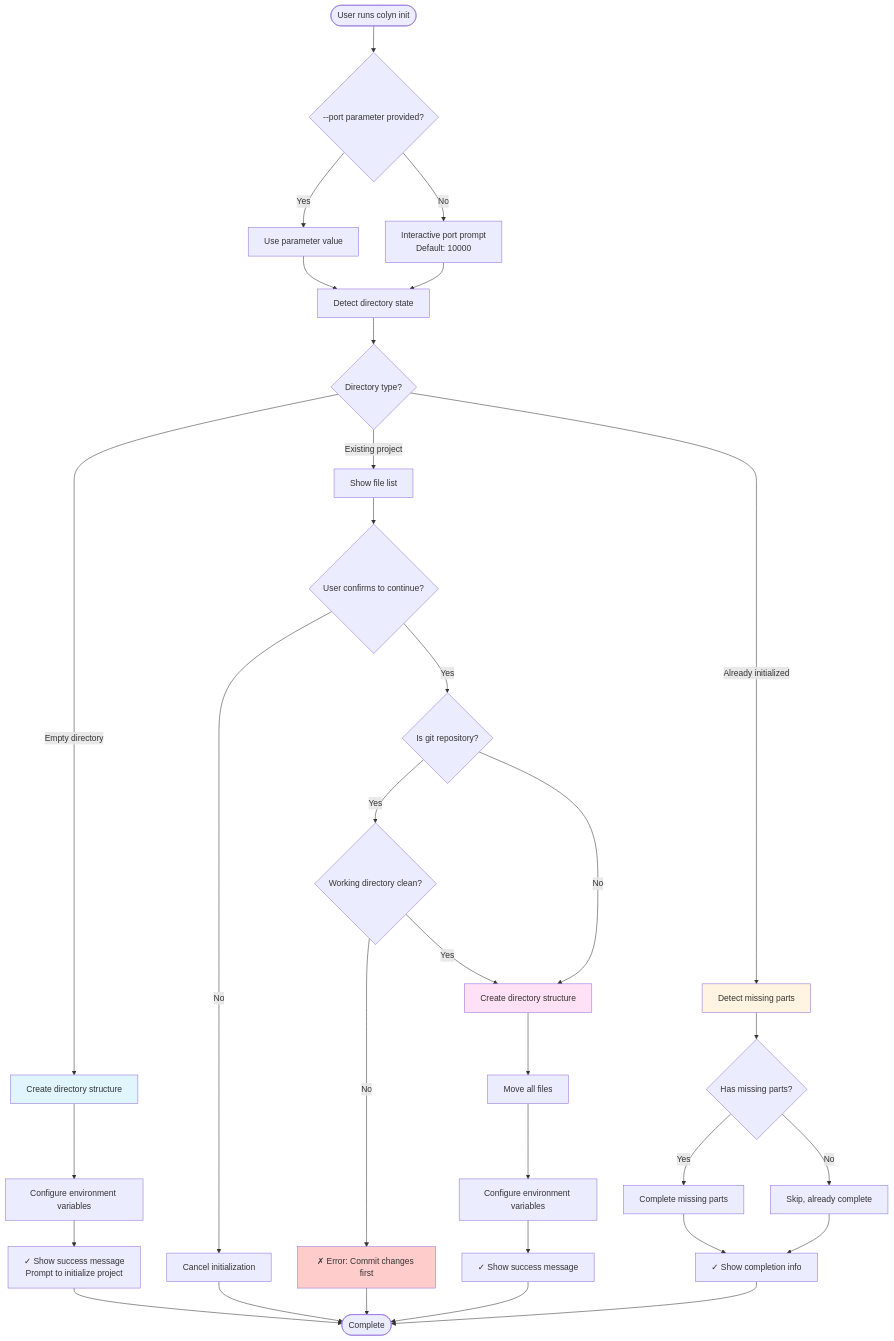
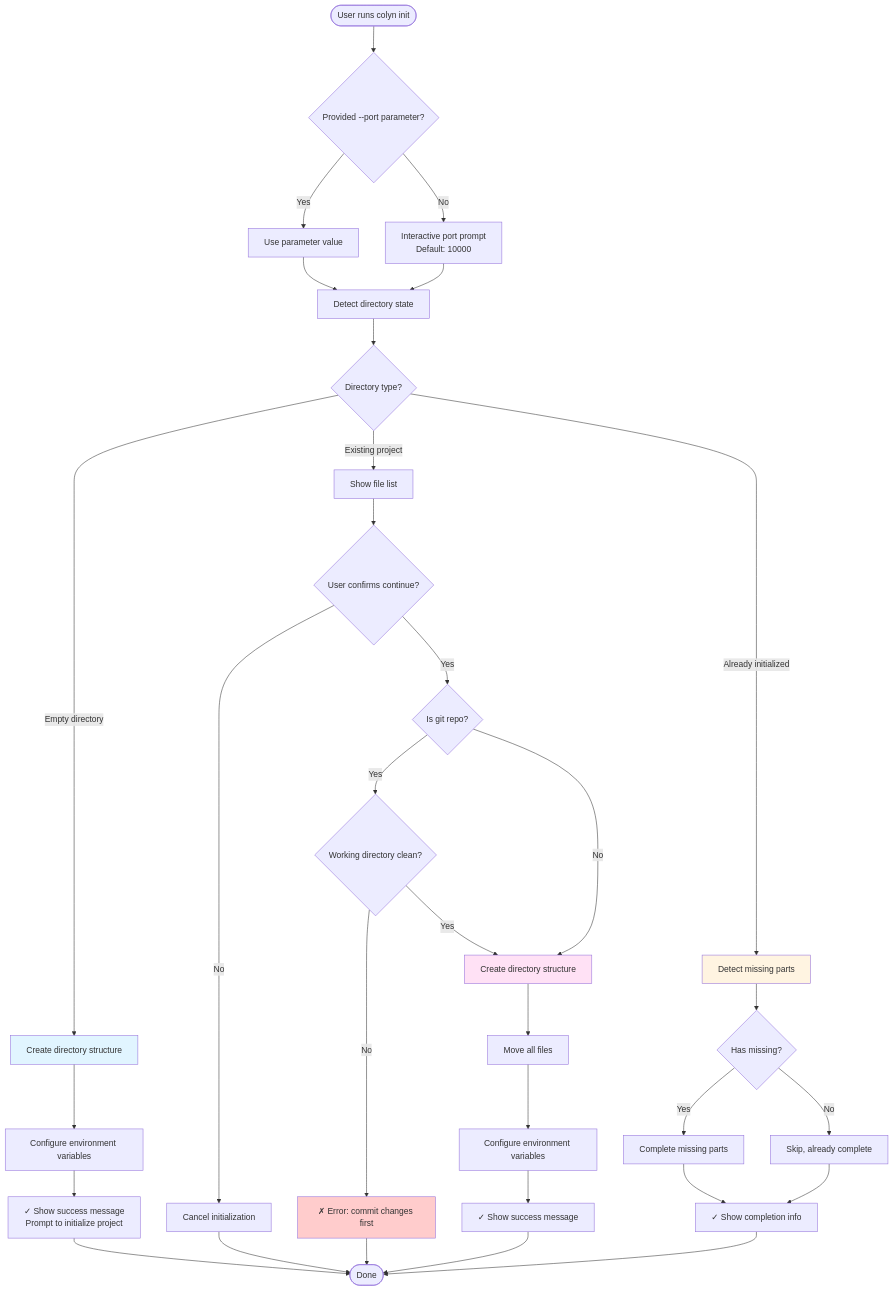
The first of 6 diagrams in docs-en/design-init-command.md (colin-han/colyn), drawn with Mermaid before and after one commit. The commit also changed other lines of this file and 11 other files, not shown here.

````diff
--- a/docs-en/design-init-command.md
+++ b/docs-en/design-init-command.md
@@ -180,52 +180,52 @@
 ```mermaid
 graph TD
-    Start([User runs colyn init]) --> CheckPort{--port parameter provided?}
+    Start([User runs colyn init]) --> CheckPort{Provided --port parameter?}
 
     CheckPort -->|Yes| UsePort[Use parameter value]
     CheckPort -->|No| AskPort[Interactive port prompt<br/>Default: 10000]
 
     UsePort --> DetectDir[Detect directory state]
     AskPort --> DetectDir
 
     DetectDir --> DirType{Directory type?}
 
     %% Empty directory flow
     DirType -->|Empty directory| EmptyCreate[Create directory structure]
     EmptyCreate --> EmptyEnv[Configure environment variables]
     EmptyEnv --> EmptySuccess[✓ Show success message<br/>Prompt to initialize project]
-    EmptySuccess --> End([Complete])
+    EmptySuccess --> End([Done])
 
     %% Existing project flow
     DirType -->|Existing project| ShowFiles[Show file list]
-    ShowFiles --> AskConfirm{User confirms to continue?}
+    ShowFiles --> AskConfirm{User confirms continue?}
     AskConfirm -->|No| Cancel[Cancel initialization]
-    AskConfirm -->|Yes| CheckGit{Is git repository?}
+    AskConfirm -->|Yes| CheckGit{Is git repo?}
 
     CheckGit -->|Yes| CheckClean{Working directory clean?}
     CheckGit -->|No| CreateDirs
 
-    CheckClean -->|No| ErrorDirty[✗ Error: Commit changes first]
+    CheckClean -->|No| ErrorDirty[✗ Error: commit changes first]
     CheckClean -->|Yes| CreateDirs[Create directory structure]
 
     CreateDirs --> MoveFiles[Move all files]
     MoveFiles --> ConfigEnv[Configure environment variables]
     ConfigEnv --> ProjectSuccess[✓ Show success message]
     ProjectSuccess --> End
 
     %% Already initialized flow
     DirType -->|Already initialized| CheckMissing[Detect missing parts]
-    CheckMissing --> HasMissing{Has missing parts?}
+    CheckMissing --> HasMissing{Has missing?}
     HasMissing -->|Yes| CompleteMissing[Complete missing parts]
     HasMissing -->|No| SkipComplete[Skip, already complete]
     CompleteMissing --> CompleteSuccess[✓ Show completion info]
     SkipComplete --> CompleteSuccess
     CompleteSuccess --> End
 
     Cancel --> End
     ErrorDirty --> End
 
     style EmptyCreate fill:#e1f5ff
     style CreateDirs fill:#ffe1f5
     style CheckMissing fill:#fff4e1
     style ErrorDirty fill:#ffcccc
 ```
````
